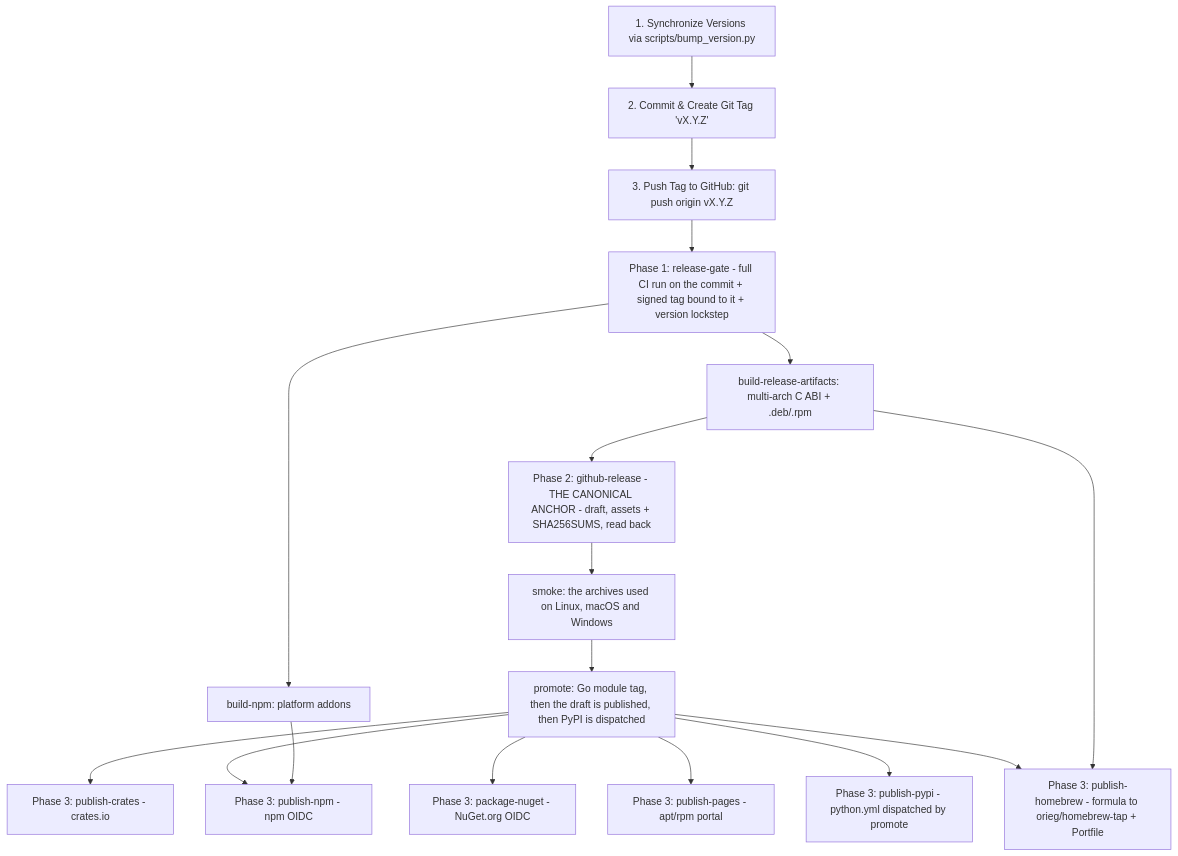
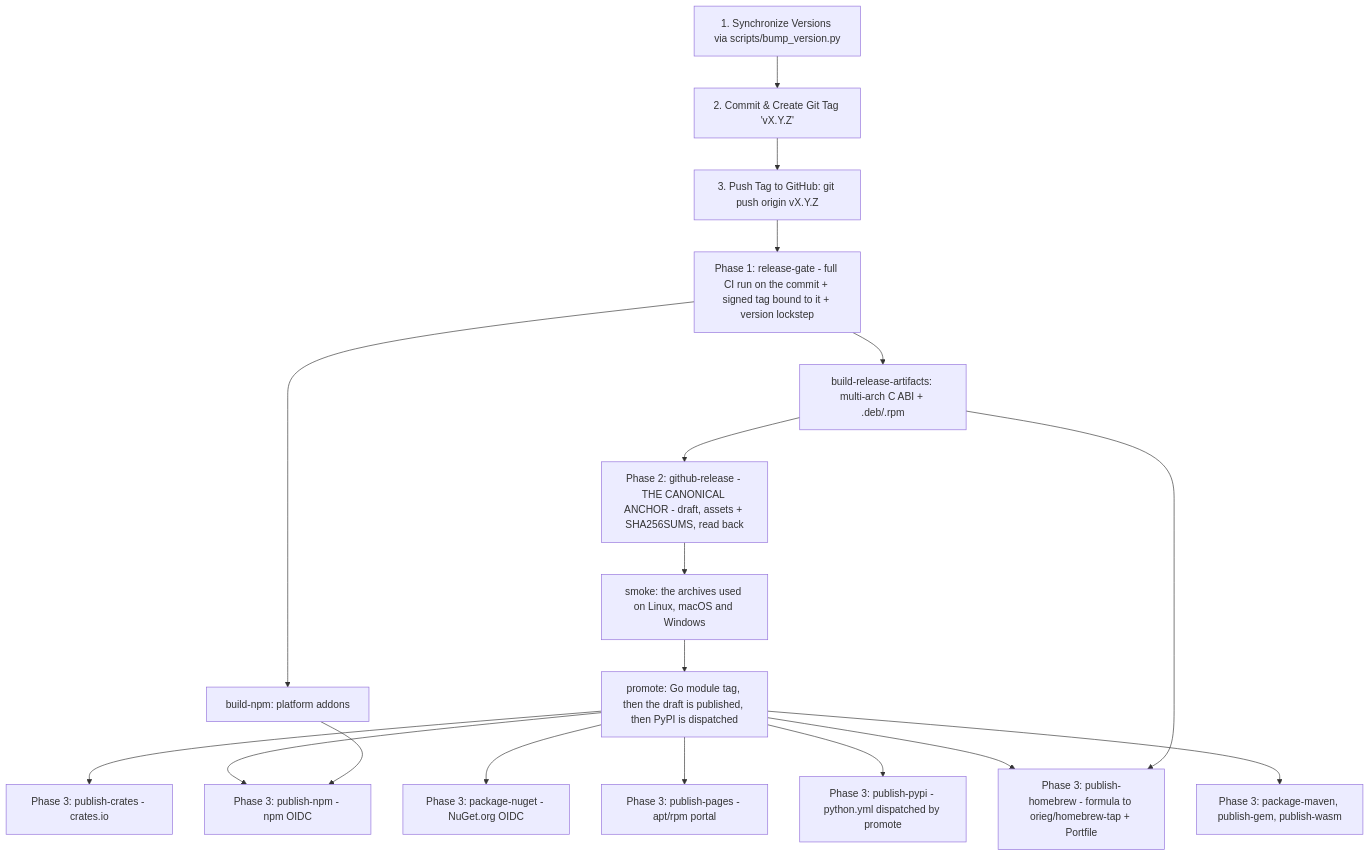
Before and after one commit to orieg/expanse: the diagram in docs/PACKAGING.md, drawn with Mermaid. The commit also changed other lines of this file and 6 other files, not shown here.

````diff
--- a/docs/PACKAGING.md
+++ b/docs/PACKAGING.md
@@ -16,21 +16,22 @@
 ```mermaid
 graph TD
     A[1. Synchronize Versions via scripts/bump_version.py] --> C[2. Commit & Create Git Tag 'vX.Y.Z']
     C --> D[3. Push Tag to GitHub: git push origin vX.Y.Z]
     D --> E[Phase 1: release-gate - full CI run on the commit + signed tag bound to it + version lockstep]
 
     E --> F[build-release-artifacts: multi-arch C ABI + .deb/.rpm]
     E --> G[build-npm: platform addons]
     F --> H[Phase 2: github-release - THE CANONICAL ANCHOR - draft, assets + SHA256SUMS, read back]
     H --> S[smoke: the archives used on Linux, macOS and Windows]
     S --> P[promote: Go module tag, then the draft is published, then PyPI is dispatched]
 
     P --> I[Phase 3: publish-crates - crates.io]
     P --> J[Phase 3: publish-npm - npm OIDC]
     P --> K[Phase 3: package-nuget - NuGet.org OIDC]
     P --> L[Phase 3: publish-pages - apt/rpm portal]
     P --> M[Phase 3: publish-pypi - python.yml dispatched by promote]
     P --> N[Phase 3: publish-homebrew - formula to orieg/homebrew-tap + Portfile]
+    P --> Q[Phase 3: package-maven, publish-gem, publish-wasm]
     F --> N
     G --> J
 ```
````
